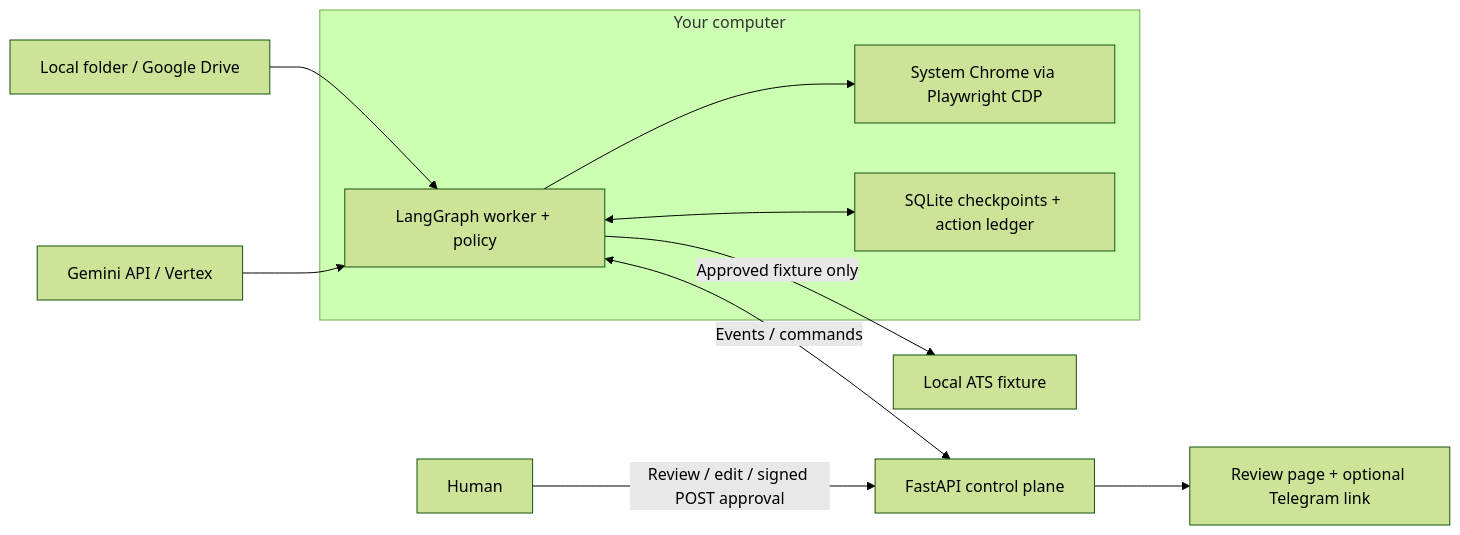
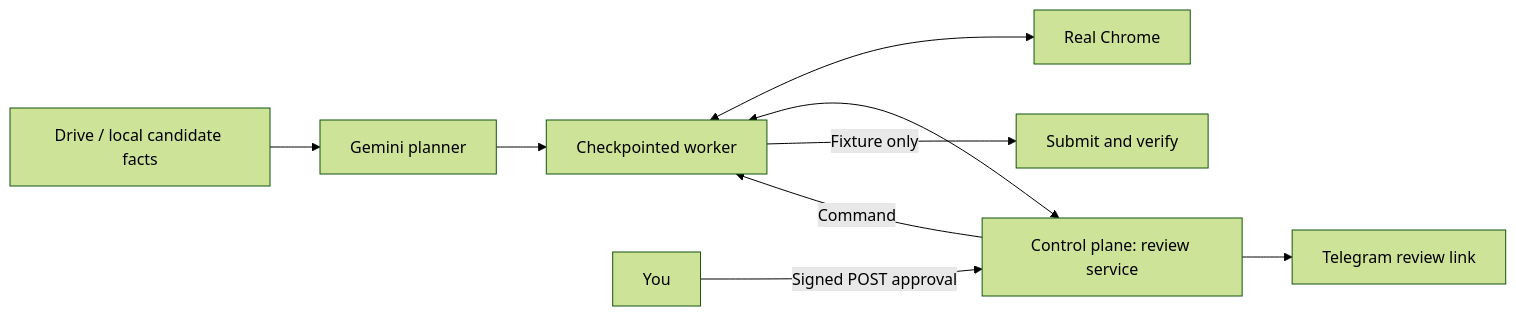
Before and after one commit to Balaastratech/hulchul-operator: the diagram in README.md, drawn with Mermaid (forest theme). The commit also changed other lines of this file and 129 other files, not shown here.

````diff
--- a/README.md
+++ b/README.md
@@ -66,13 +5,11 @@
 ```mermaid
 flowchart LR
-    Data[Local folder / Google Drive] --> Worker
-    Model[Gemini API / Vertex] --> Worker
-    subgraph PC[Your computer]
-        Worker[LangGraph worker + policy] --> Chrome[System Chrome via Playwright CDP]
-        Worker <--> State[SQLite checkpoints + action ledger]
-    end
-    Worker <-->|Events / commands| CP[FastAPI control plane]
-    CP --> Review[Review page + optional Telegram link]
-    Human[Human] -->|Review / edit / signed POST approval| CP
-    Worker -->|Approved fixture only| Fixture[Local ATS fixture]
+    Drive[Drive / local candidate facts] --> Planner[Gemini planner]
+    Planner --> Worker[Checkpointed worker]
+    Worker <--> Chrome[Real Chrome]
+    Worker <--> CP[Control plane: review service]
+    CP --> Telegram[Telegram review link]
+    Human[You] -->|Signed POST approval| CP
+    CP -->|Command| Worker
+    Worker -->|Fixture only| Submit[Submit and verify]
 ```
````
